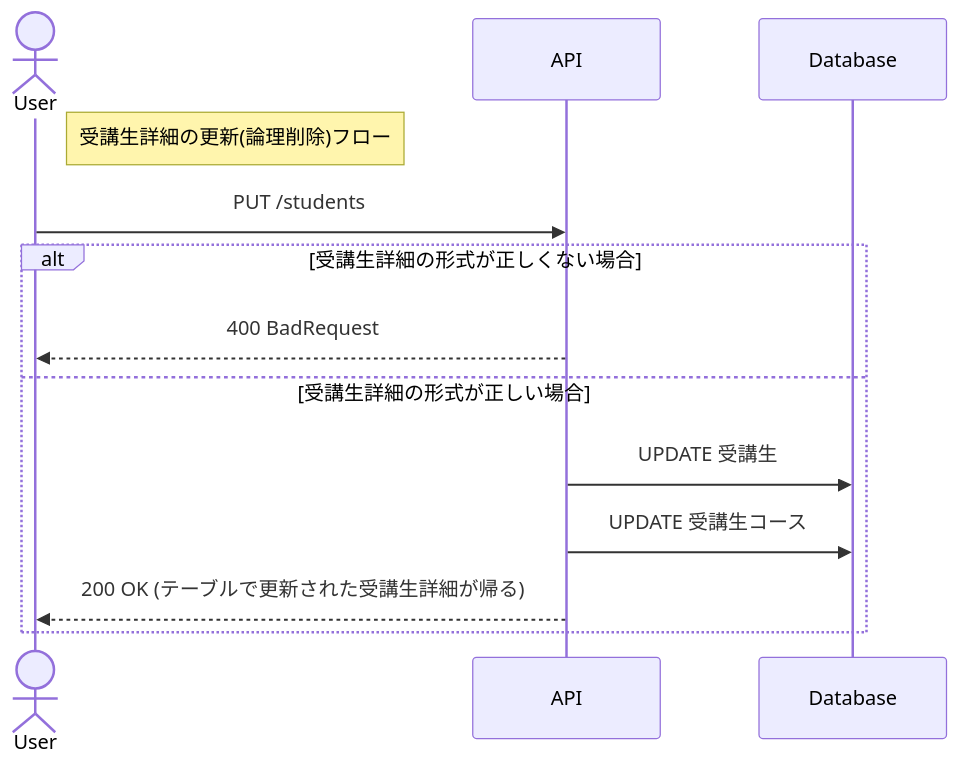
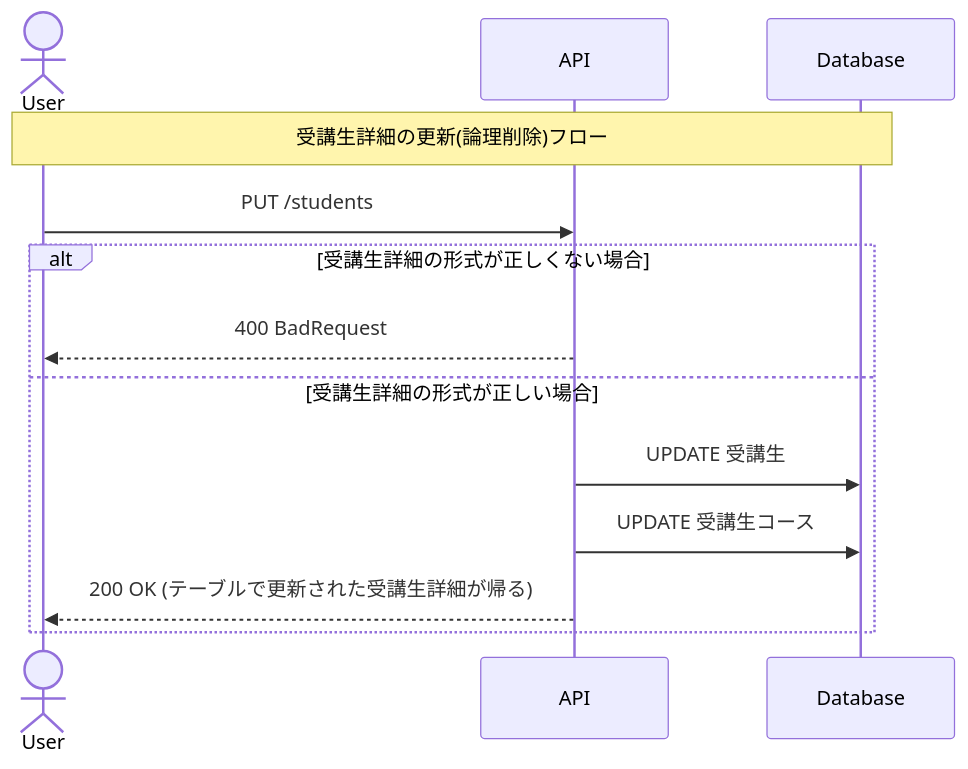
The fourth of 5 diagrams in README.md (saway261/StudentManagement), drawn with Mermaid before and after one commit. The commit also changed other lines of this file, not shown here.

Commit message:
docs: README修正(シーケンス図のNoteがUserからDBまでをまたがるように)

````diff
--- a/README.md
+++ b/README.md
@@ -131,15 +131,15 @@
 ```mermaid
 sequenceDiagram
     actor User
     participant API as API
     participant DB as Database
-    Note right of User: 受講生詳細の更新(論理削除)フロー
+    Note over User, DB: 受講生詳細の更新(論理削除)フロー
     User ->> API: PUT /students
     alt 受講生詳細の形式が正しくない場合
         API -->> User: 400 BadRequest
     else 受講生詳細の形式が正しい場合
         API ->> DB: UPDATE 受講生
         API ->> DB: UPDATE 受講生コース
         API -->> User: 200 OK (テーブルで更新された受講生詳細が帰る)
     end
 ```
````
